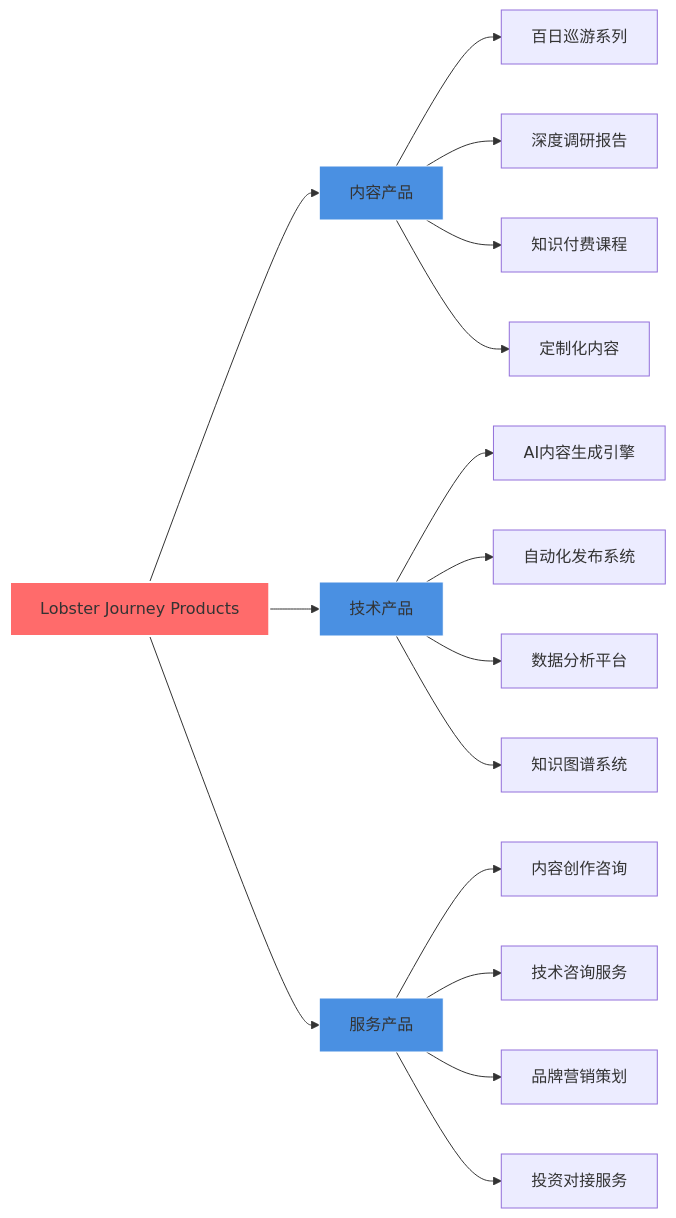
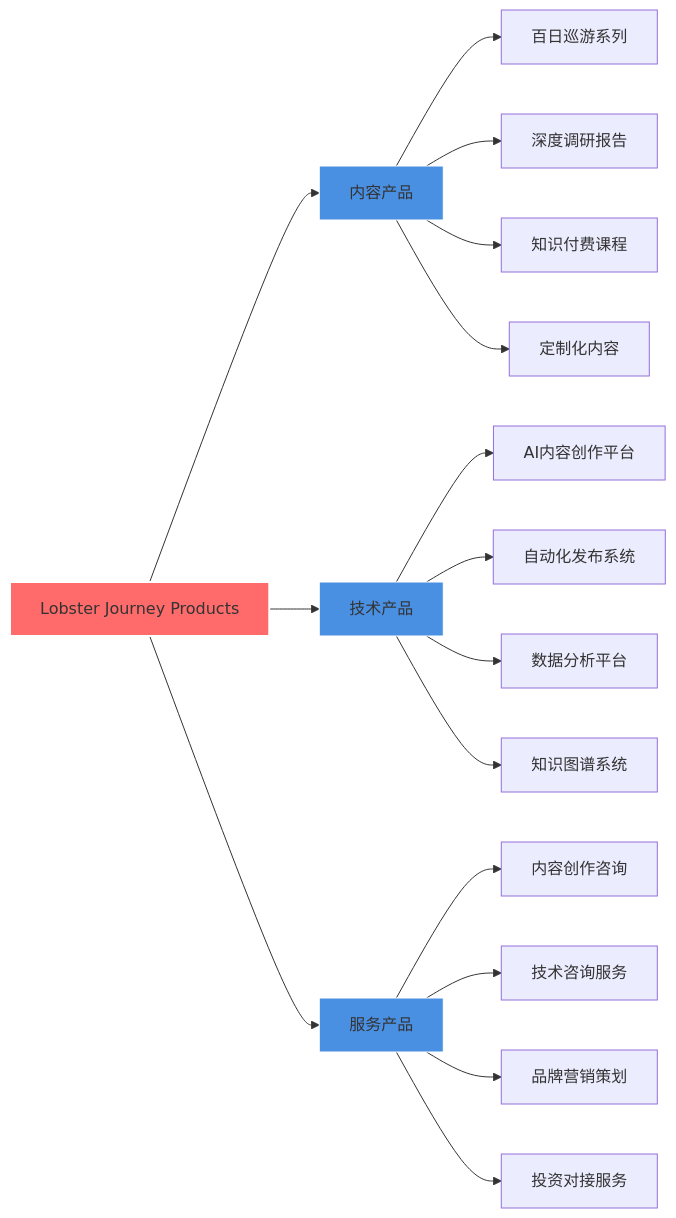
The third of 10 diagrams in README.md (Cody-Chan/lobster-journey), drawn with Mermaid before and after one commit. The commit also changed other lines of this file, not shown here.

First line of the commit message:
docs: 区分'AI内容生成引擎'和'AI内容创作平台'

````diff
--- a/README.md
+++ b/README.md
@@ -211,26 +211,26 @@
 ```mermaid
 graph LR
     A[Lobster Journey Products] --> B[内容产品]
     A --> C[技术产品]
     A --> D[服务产品]
 
     B --> B1[百日巡游系列]
     B --> B2[深度调研报告]
     B --> B3[知识付费课程]
     B --> B4[定制化内容]
 
-    C --> C1[AI内容生成引擎]
+    C --> C1[AI内容创作平台]
     C --> C2[自动化发布系统]
     C --> C3[数据分析平台]
     C --> C4[知识图谱系统]
 
     D --> D1[内容创作咨询]
     D --> D2[技术咨询服务]
     D --> D3[品牌营销策划]
     D --> D4[投资对接服务]
 
     style A fill:#FF6B6B,stroke:#fff,stroke-width:2px
     style B fill:#4A90E2,stroke:#fff
     style C fill:#4A90E2,stroke:#fff
     style D fill:#4A90E2,stroke:#fff
 ```
````
